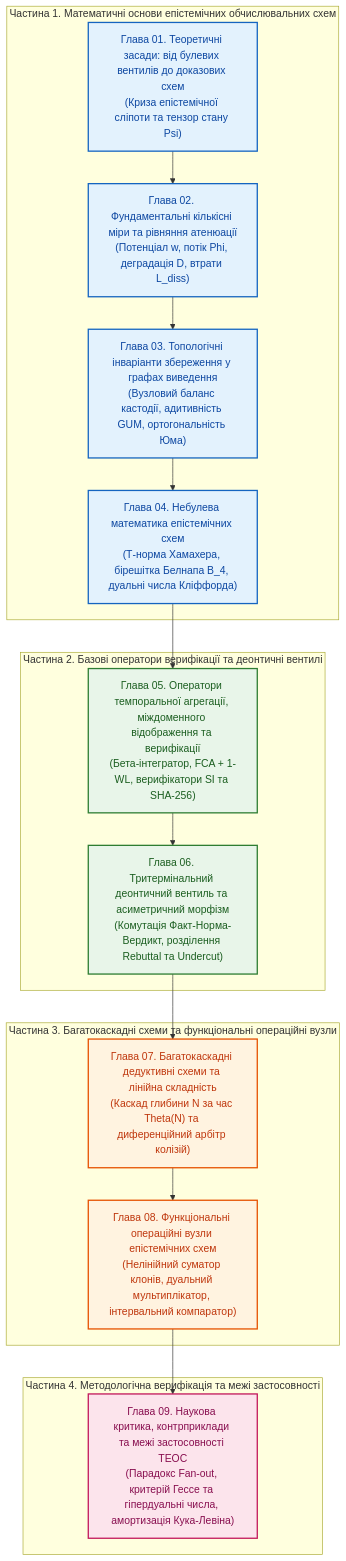
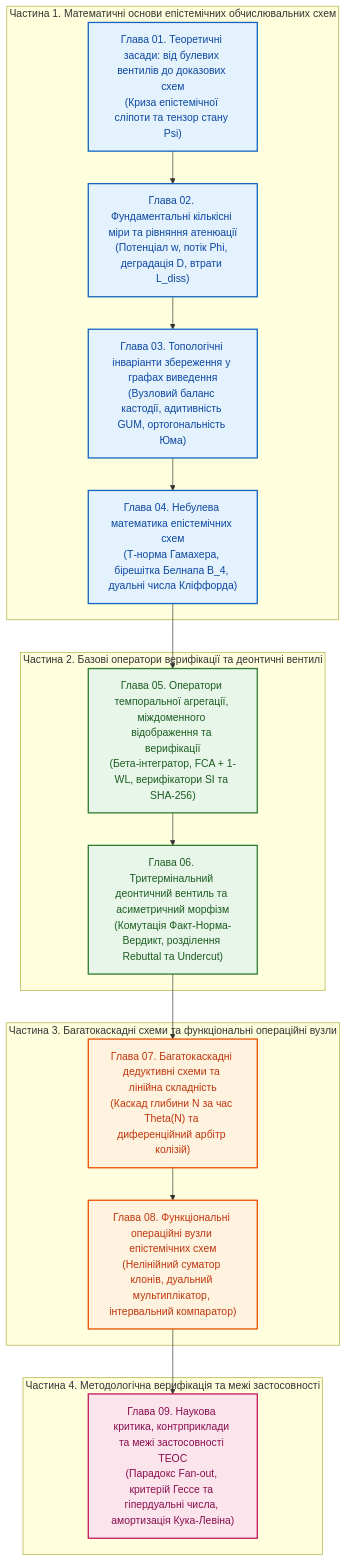
Before and after one commit to nick-fedchik/articles: the diagram in Epistemic_Circuit_Theory/README.md, drawn with Mermaid. The commit also changed other lines of this file and 9 other files, not shown here.

````diff
--- a/Epistemic_Circuit_Theory/README.md
+++ b/Epistemic_Circuit_Theory/README.md
@@ -164,38 +164,38 @@
 ```mermaid
 flowchart TD
     accTitle: Рисунок 1. Чотирирівнева структурно-логічна схема монографії ТЕОС
     accDescr: Діаграма показує послідовний розвиток монографії від Частини 1 (Математичні основи, Глави 01–04) через Частину 2 (Базові оператори та деонтичні вентилі, Глави 05–06) і Частину 3 (Багатокаскадні схеми та операційні вузли, Глави 07–08) до Частини 4 (Наукова критика та межі застосовності, Глава 09).
 
     subgraph Part1 ["Частина 1. Математичні основи епістемічних обчислювальних схем"]
         Ch01["Глава 01. Теоретичні засади: від булевих вентилів до доказових схем\n(Криза епістемічної сліпоти та тензор стану Psi)"]
         Ch02["Глава 02. Фундаментальні кількісні міри та рівняння атенюації\n(Потенціал w, потік Phi, деградація D, втрати L_diss)"]
         Ch03["Глава 03. Топологічні інваріанти збереження у графах виведення\n(Вузловий баланс кастодії, адитивність GUM, ортогональність Юма)"]
-        Ch04["Глава 04. Небулева математика епістемічних схем\n(Т-норма Хамахера, бірешітка Белнапа B_4, дуальні числа Кліффорда)"]
+        Ch04["Глава 04. Небулева математика епістемічних схем\n(Т-норма Гамахера, бірешітка Белнапа B_4, дуальні числа Кліффорда)"]
     end
 
     subgraph Part2 ["Частина 2. Базові оператори верифікації та деонтичні вентилі"]
         Ch05["Глава 05. Оператори темпоральної агрегації, міждоменного відображення та верифікації\n(Бета-інтегратор, FCA + 1-WL, верифікатори SI та SHA-256)"]
         Ch06["Глава 06. Тритермінальний деонтичний вентиль та асиметричний морфізм\n(Комутація Факт-Норма-Вердикт, розділення Rebuttal та Undercut)"]
     end
 
     subgraph Part3 ["Частина 3. Багатокаскадні схеми та функціональні операційні вузли"]
         Ch07["Глава 07. Багатокаскадні дедуктивні схеми та лінійна складність\n(Каскад глибини N за час Theta(N) та диференційний арбітр колізій)"]
         Ch08["Глава 08. Функціональні операційні вузли епістемічних схем\n(Нелінійний суматор клонів, дуальний мультиплікатор, інтервальний компаратор)"]
     end
 
     subgraph Part4 ["Частина 4. Методологічна верифікація та межі застосовності"]
         Ch09["Глава 09. Наукова критика, контрприклади та межі застосовності ТЕОС\n(Парадокс Fan-out, критерій Гессе та гіпердуальні числа, амортизація Кука-Левіна)"]
     end
 
     Ch01 --> Ch02 --> Ch03 --> Ch04 --> Ch05 --> Ch06 --> Ch07 --> Ch08 --> Ch09
 
     classDef p1Style fill:#e3f2fd,stroke:#1565c0,stroke-width:2px,color:#0d47a1;
     classDef p2Style fill:#e8f5e9,stroke:#2e7d32,stroke-width:2px,color:#1b5e20;
     classDef p3Style fill:#fff3e0,stroke:#e65100,stroke-width:2px,color:#bf360c;
     classDef p4Style fill:#fce4ec,stroke:#c2185b,stroke-width:2px,color:#880e4f;
 
     class Ch01,Ch02,Ch03,Ch04 p1Style;
     class Ch05,Ch06 p2Style;
     class Ch07,Ch08 p3Style;
     class Ch09 p4Style;
 ```
````
